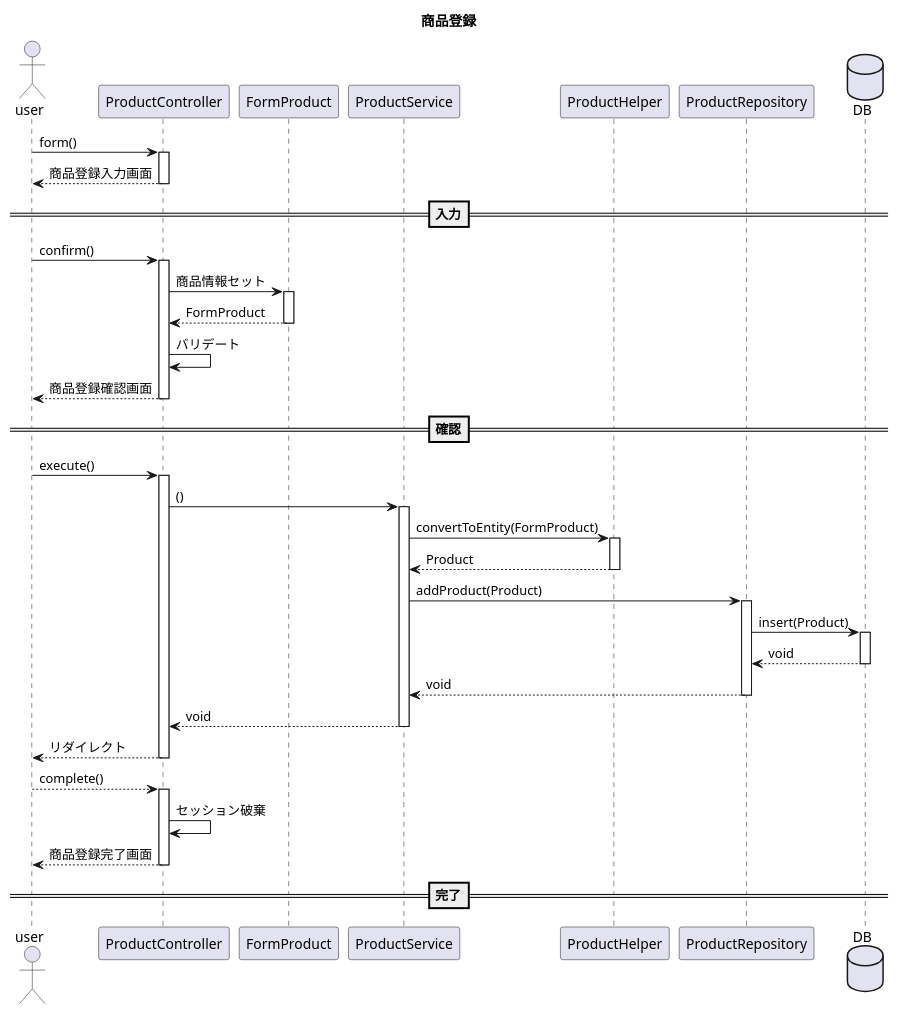
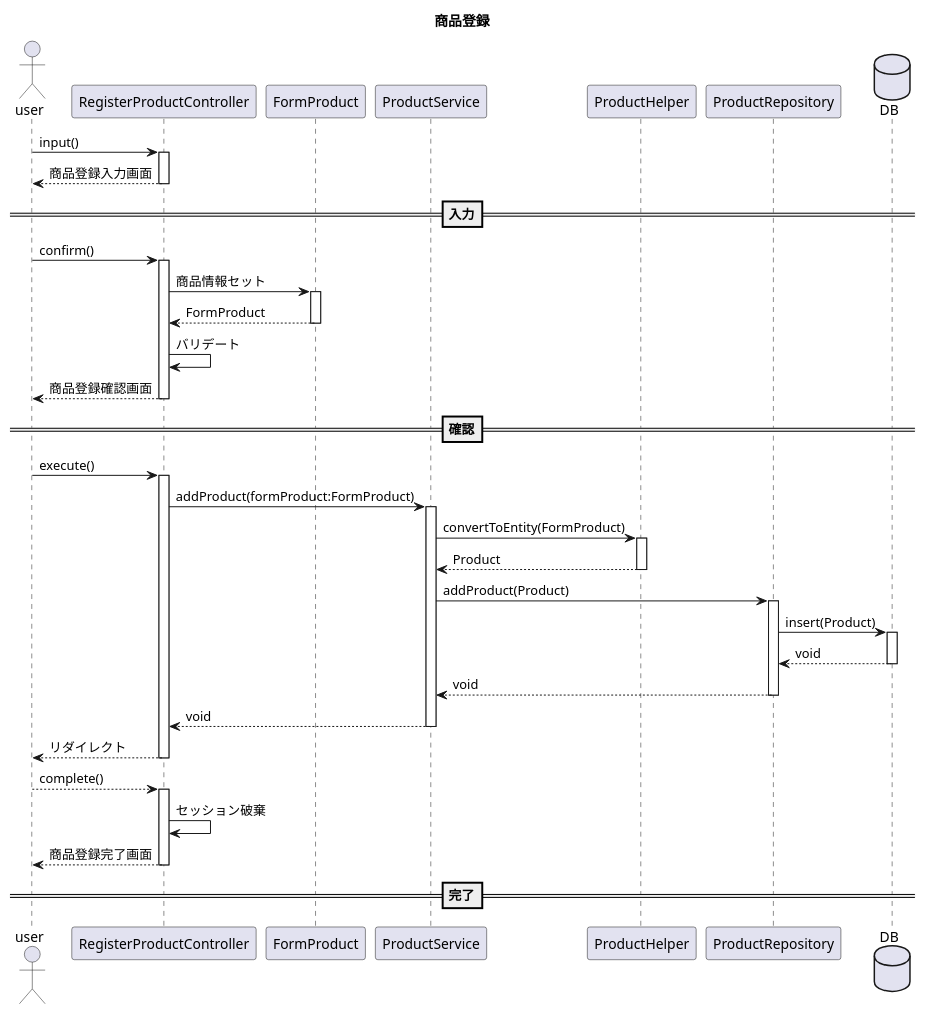
Before and after one commit to kanavii3333/ec-b: the diagram in plan/uml/sequence/uc010.plantuml, drawn with PlantUML. The commit also changed 5 other files, not shown here.

Commit message:
uc009~014.plantuml　修正

```diff
--- a/plan/uml/sequence/uc010.plantuml
+++ b/plan/uml/sequence/uc010.plantuml
@@ -1,35 +1,35 @@
 @startuml
 title 商品登録
 actor user
-participant ProductController as Controller
+participant RegisterProductController as Controller
 participant FormProduct as Form
 participant ProductService as Service
 participant ProductHelper as Helper
 participant ProductRepository as Repository
 database DB
 
 
-user -> Controller++:form()
+user -> Controller++:input()
 user <-- Controller--:商品登録入力画面
 ==入力==
 user -> Controller++:confirm()
 Controller -> Form++:商品情報セット
 Controller <-- Form--:FormProduct
 Controller -> Controller:バリデート
 user <-- Controller--:商品登録確認画面
 ==確認==
 user -> Controller++:execute()
-Controller -> Service++:()
+Controller -> Service++:addProduct(formProduct:FormProduct)
 Service -> Helper++:convertToEntity(FormProduct)
 Service <-- Helper--:Product
 Service -> Repository++:addProduct(Product)
 Repository -> DB++:insert(Product)
 Repository <-- DB--:void
 Service <-- Repository--:void
 Controller <-- Service--:void
 user <-- Controller--:リダイレクト
 user --> Controller++:complete()
 Controller -> Controller:セッション破棄
 user <-- Controller--:商品登録完了画面
 ==完了==
 @enduml
```
